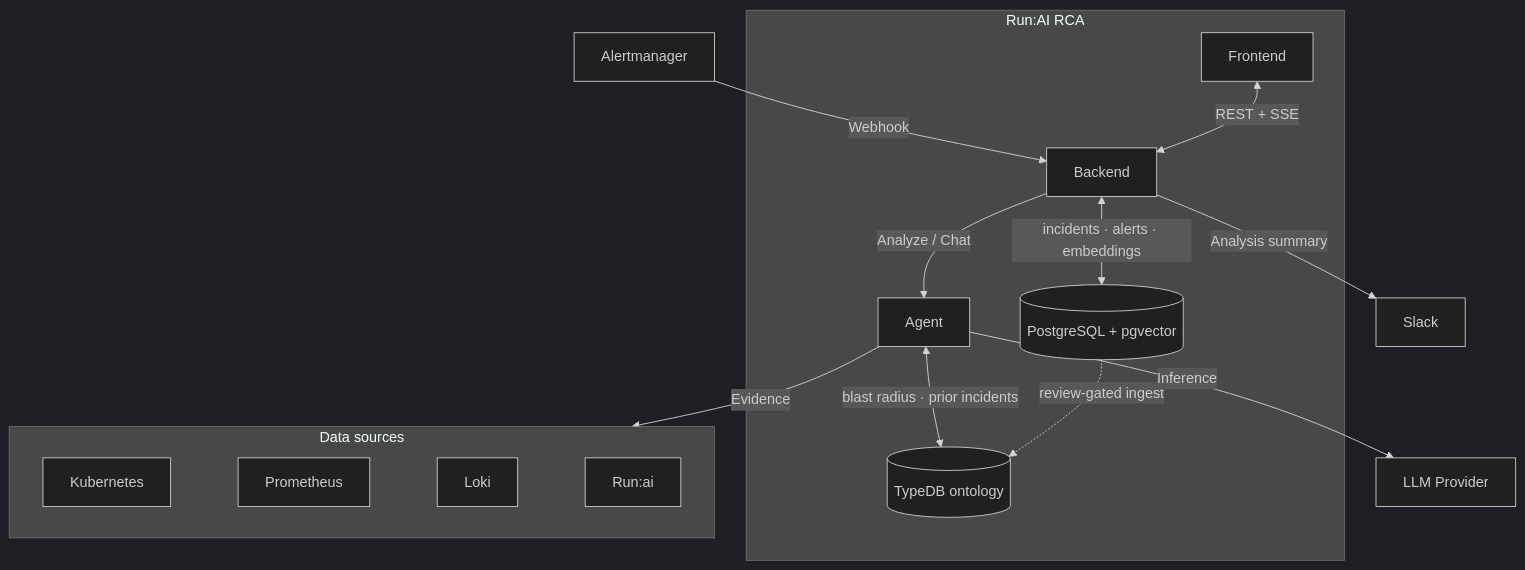
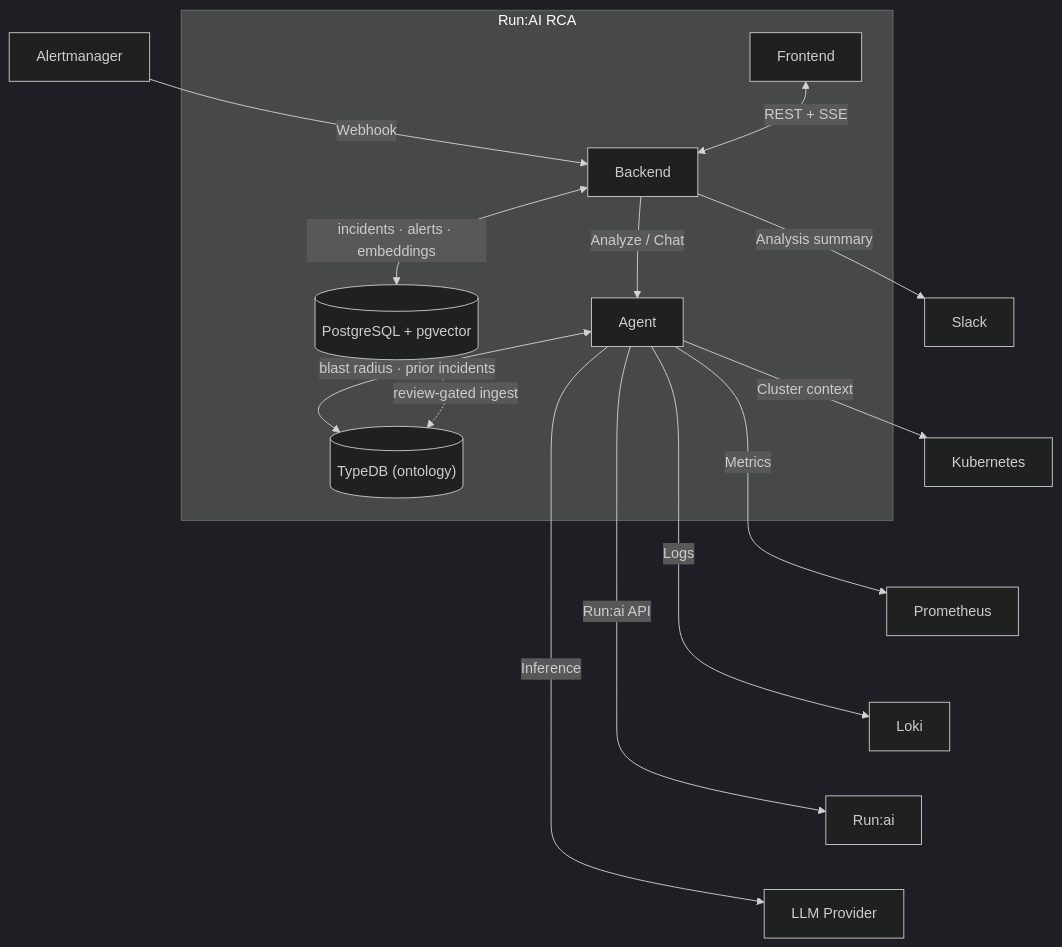
The diagram in README.md (uclix-nvidia-sw/runaiRCA), drawn with Mermaid (dark theme) before and after one commit. The commit also changed 1 other file, not shown here.

Commit message:
docs: lay the Agent's evidence sources as a labeled row (no wrapper box)
Reverts the "Data sources" grouping — the five sources are individual
nodes again, each on its own labeled edge from the Agent (Cluster context
→ Kubernetes, Metrics → Prometheus, Logs → Loki, Run:ai API → Run:ai,
Inference → LLM Provider). Invisible ~~~ links between the five force them
onto one rank so they line up in a row directly under the Agent instead
of scattering with crossing edges. TypeDB node relabeled "TypeDB
(ontology)". EN + KO identical.

````diff
--- a/README.md
+++ b/README.md
@@ -25,20 +25,20 @@
 ```mermaid
 flowchart TB
   AM[Alertmanager] -->|Webhook| BE
 
   subgraph SYS["Run:AI RCA"]
     FE[Frontend] <-->|REST + SSE| BE[Backend]
     BE -->|"Analyze / Chat"| AG[Agent]
     BE <-->|"incidents · alerts · embeddings"| DB[(PostgreSQL + pgvector)]
-    AG <-->|"blast radius · prior incidents"| KG[(TypeDB ontology)]
+    AG <-->|"blast radius · prior incidents"| KG[("TypeDB (ontology)")]
     DB -.->|review-gated ingest| KG
   end
 
   BE -->|Analysis summary| SLACK[Slack]
+  AG -->|Cluster context| K8S[Kubernetes]
+  AG -->|Metrics| PROM[Prometheus]
+  AG -->|Logs| LOKI[Loki]
+  AG -->|"Run:ai API"| RUNAI[Run:ai]
   AG -->|Inference| LLM[LLM Provider]
-  AG -->|Evidence| SRC
-  subgraph SRC["Data sources"]
-    direction LR
-    K8S[Kubernetes] ~~~ PROM[Prometheus] ~~~ LOKI[Loki] ~~~ RUNAI[Run:ai]
-  end
+  K8S ~~~ PROM ~~~ LOKI ~~~ RUNAI ~~~ LLM
 ```
````
